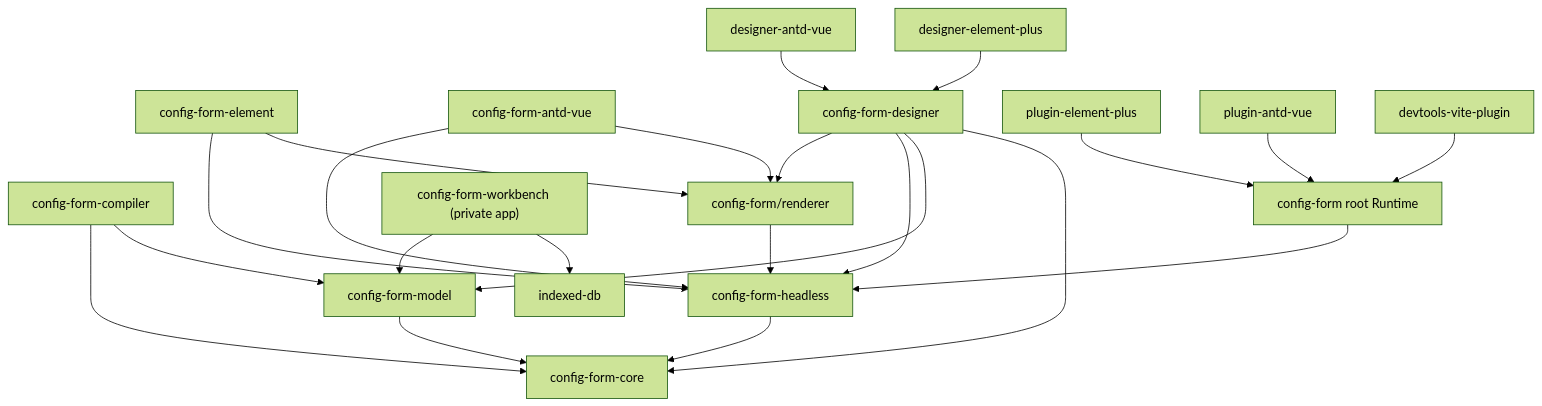
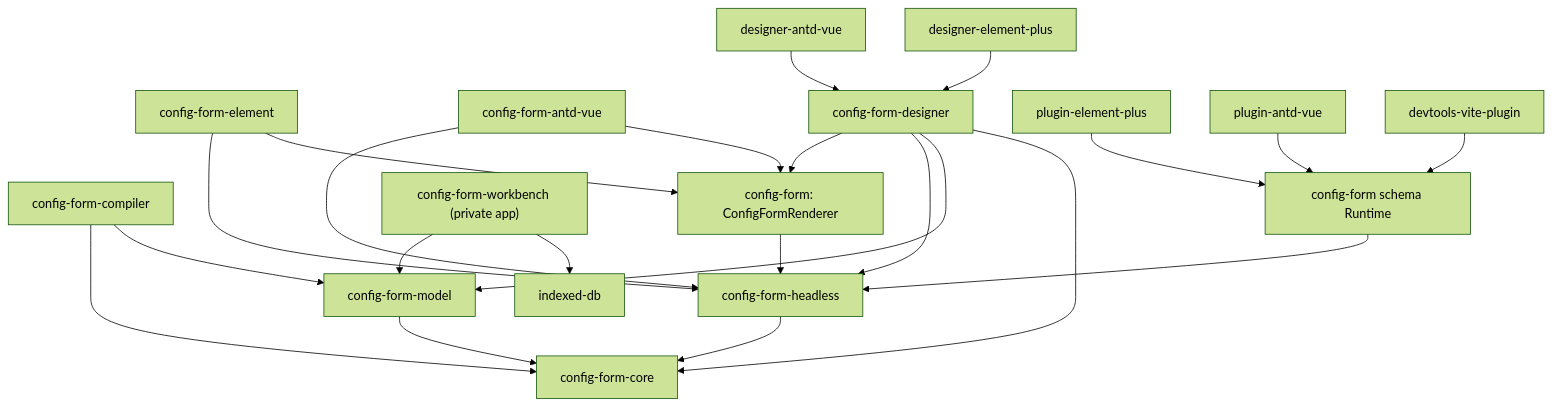
One commit to moluoxixi/vue-components changed the diagram in packages/ConfigForm/README.md. Above: the diagram before and after it, drawn with Mermaid (forest theme). The commit also changed other lines of this file and 1247 other files, not shown here.

First line of the commit message:
ci(config-form): 添加 ConfigForm Workbench 的 CI 流程步骤

````diff
--- a/packages/ConfigForm/README.md
+++ b/packages/ConfigForm/README.md
@@ -18,24 +16,24 @@
 ```mermaid
 flowchart TD
   Model["config-form-model"] --> Core["config-form-core"]
   Compiler["config-form-compiler"] --> Model
   Compiler --> Core
   Headless["config-form-headless"] --> Core["config-form-core"]
-  Runtime["config-form root Runtime"] --> Headless
-  Renderer["config-form/renderer"] --> Headless
+  Runtime["config-form schema Runtime"] --> Headless
+  Renderer["config-form: ConfigFormRenderer"] --> Headless
   Element["config-form-element"] --> Renderer
   Element --> Headless
   Antd["config-form-antd-vue"] --> Renderer
   Antd --> Headless
   Designer["config-form-designer"] --> Core
   Designer --> Model
   Designer --> Headless
   Designer --> Renderer
   DesignerElement["designer-element-plus"] --> Designer
   DesignerAntd["designer-antd-vue"] --> Designer
   Workbench["config-form-workbench (private app)"] --> IndexedDB["indexed-db"]
   Workbench --> Model
   PluginElement["plugin-element-plus"] --> Runtime
   PluginAntd["plugin-antd-vue"] --> Runtime
   Devtools["devtools-vite-plugin"] --> Runtime
 ```
````
